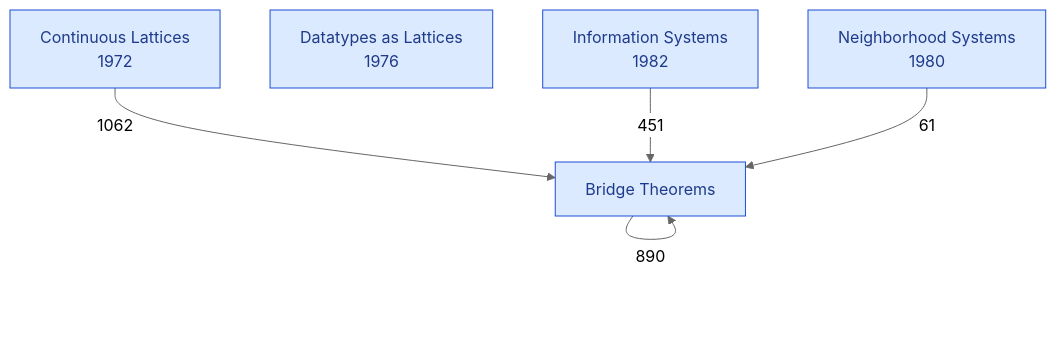
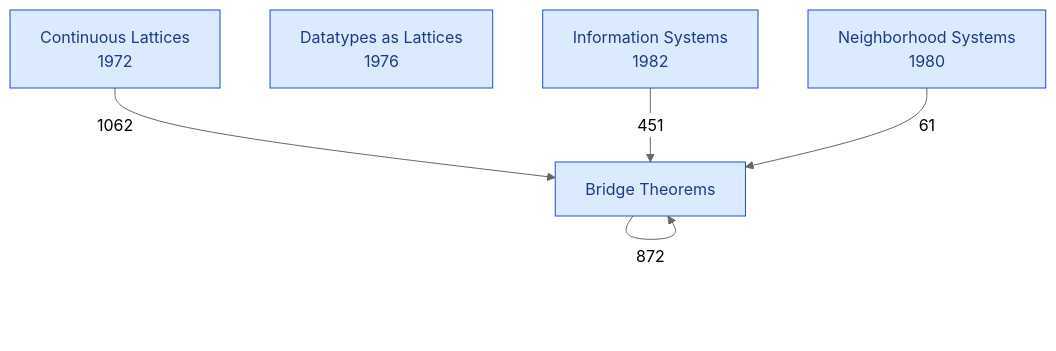
One commit to catskillsresearch/DomainTheory changed the diagram in DomainTheory.mermaid. Above: the diagram before and after it, drawn with Mermaid (neutral theme). The commit also changed 28 other files, not shown here.

```diff
--- a/DomainTheory.mermaid
+++ b/DomainTheory.mermaid
@@ -1,18 +1,18 @@
 %% Each box is one chapter on the top page.
 %% The arrowhead is on the chapter that imports. The number is a direct-import count.
 %% Datatypes as lattices and the references have no Lean imports across these chapters.
 flowchart TB
 
   BR["Bridge Theorems"]
   CL["Continuous Lattices\n1972"]
   DT["Datatypes as Lattices\n1976"]
   IS["Information Systems\n1982"]
   NS["Neighborhood Systems\n1980"]
 
-  BR -->|"890"| BR
+  BR -->|"872"| BR
   CL -->|"1062"| BR
   IS -->|"451"| BR
   NS -->|"61"| BR
 
   classDef chapter fill:#dbeafe,stroke:#1d4ed8,color:#1e3a8a
   class CL,DT,NS,IS,BR chapter
```
